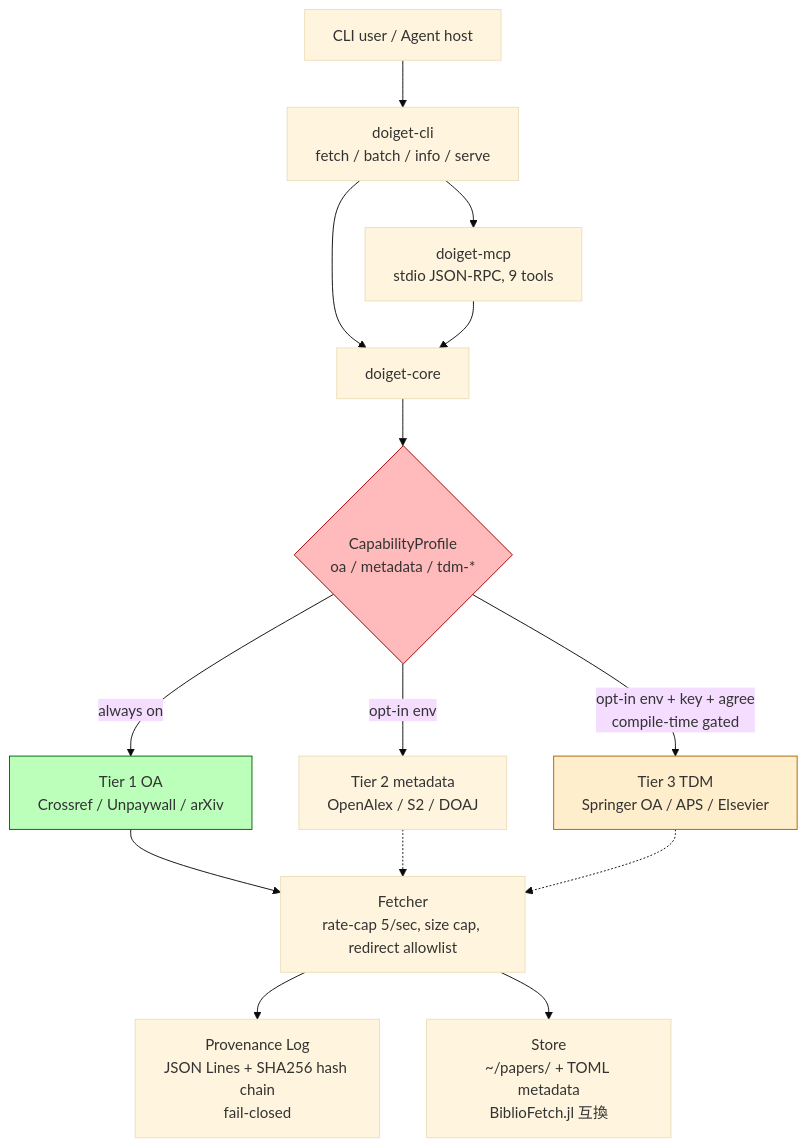
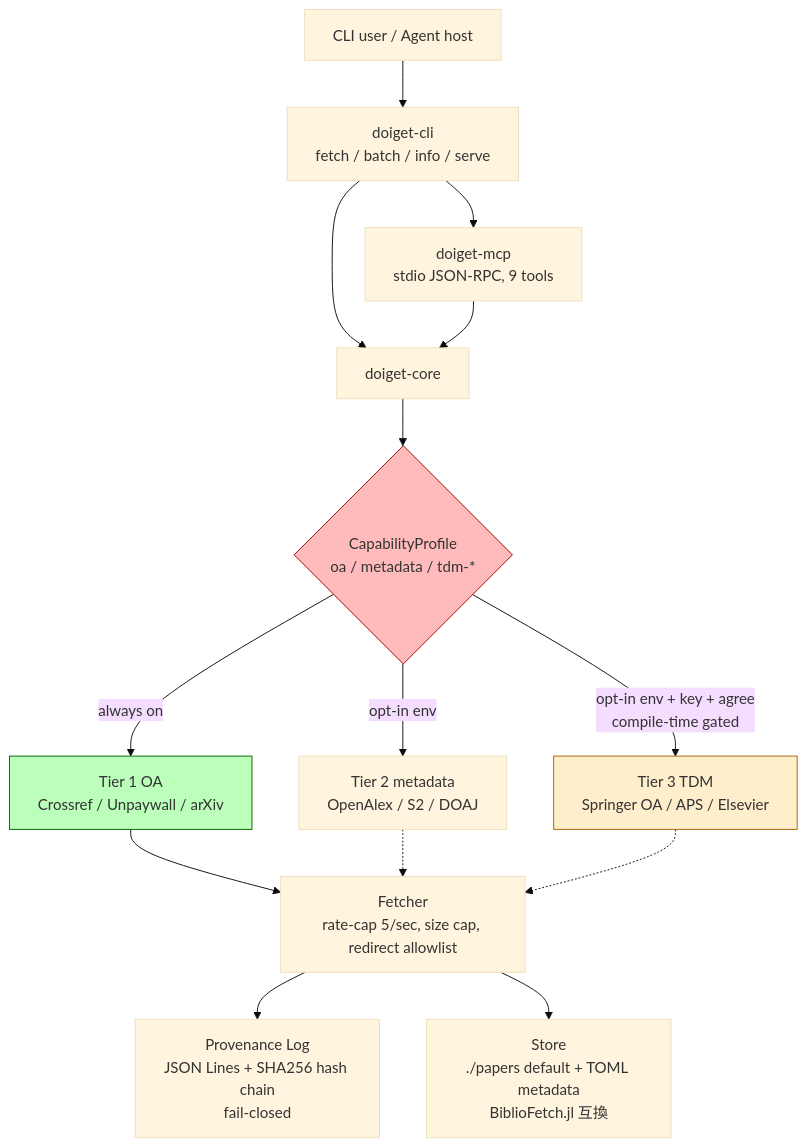
One commit to QAtlasHub/doiget changed the first of 3 diagrams in docs/ARCHITECTURE.md. Above: the diagram before and after it, drawn with Mermaid (base theme). The commit also changed 4 other files, not shown here.

First line of the commit message:
docs+fix(mcp): scrub stale ~/papers default refs after the cwd move

````diff
--- a/docs/ARCHITECTURE.md
+++ b/docs/ARCHITECTURE.md
@@ -22,27 +22,27 @@
 ```mermaid
 flowchart TB
     User[CLI user / Agent host]
     User --> CLI[doiget-cli<br/>fetch / batch / info / serve]
     CLI --> MCP[doiget-mcp<br/>stdio JSON-RPC, 9 tools]
     CLI --> Core[doiget-core]
     MCP --> Core
 
     Core --> Cap{CapabilityProfile<br/>oa / metadata / tdm-*}
     Cap -->|always on| OA[Tier 1 OA<br/>Crossref / Unpaywall / arXiv]
     Cap -->|opt-in env| Meta[Tier 2 metadata<br/>OpenAlex / S2 / DOAJ]
     Cap -->|opt-in env + key + agree<br/>compile-time gated| TDM[Tier 3 TDM<br/>Springer OA / APS / Elsevier]
 
     OA --> Fetcher[Fetcher<br/>rate-cap 5/sec, size cap, redirect allowlist]
     Meta -.-> Fetcher
     TDM -.-> Fetcher
 
     Fetcher --> Log[Provenance Log<br/>JSON Lines + SHA256 hash chain<br/>fail-closed]
-    Fetcher --> Store[Store<br/>~/papers/ + TOML metadata<br/>BiblioFetch.jl 互換]
+    Fetcher --> Store[Store<br/>./papers default + TOML metadata<br/>BiblioFetch.jl 互換]
 
     classDef hot fill:#fbb,stroke:#900
     classDef oa fill:#bfb,stroke:#060
     classDef gated fill:#fec,stroke:#a60
     class Cap hot
     class OA oa
     class TDM gated
 ```
````
